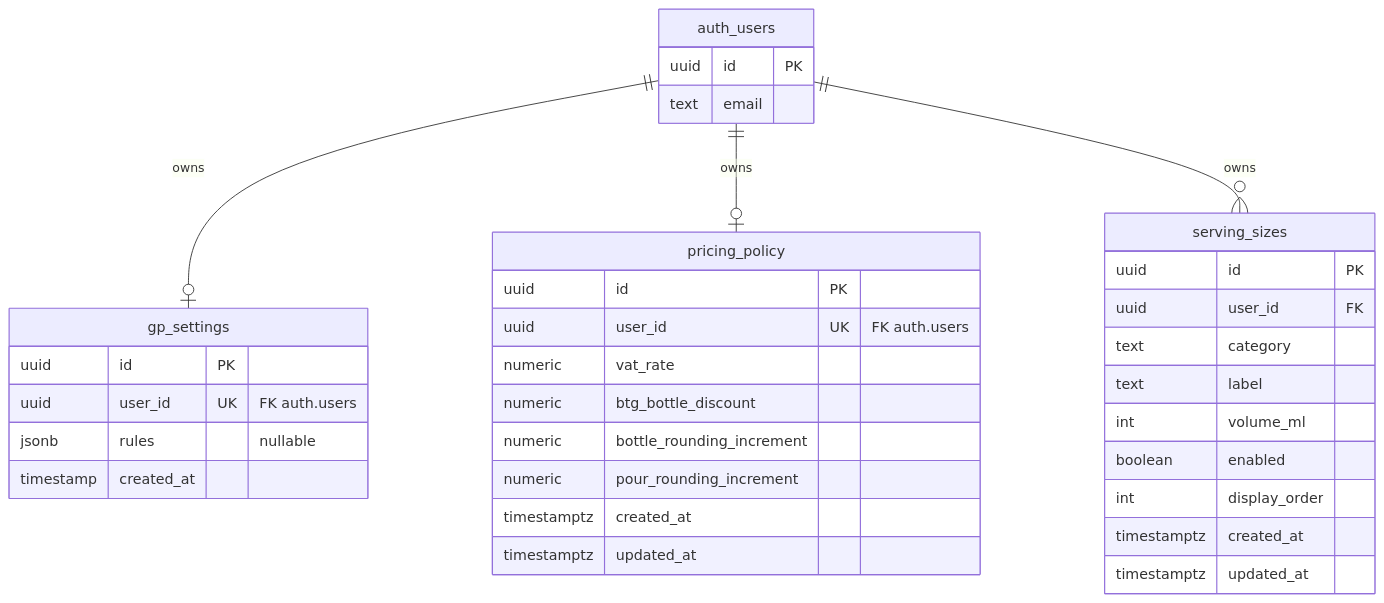
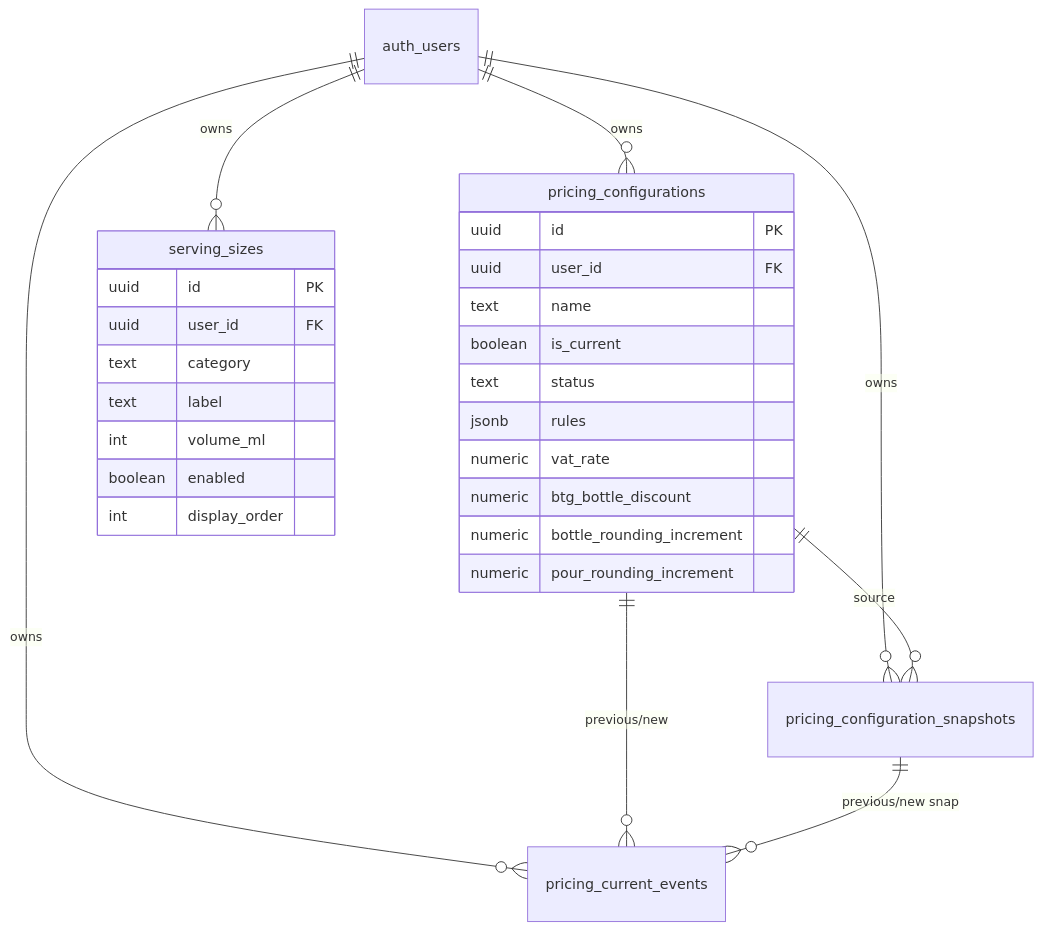
The diagram in docs/DATA_MODEL.md (DanWarham/wine-gp-calculator), drawn with Mermaid before and after one commit. The commit also changed other lines of this file and 22 other files, not shown here.

Commit message:
Implement pricing configurations and immutable snapshots

````diff
--- a/docs/DATA_MODEL.md
+++ b/docs/DATA_MODEL.md
@@ -32,37 +34,32 @@
 ```mermaid
 erDiagram
-  auth_users ||--o| gp_settings : "owns"
-  auth_users ||--o| pricing_policy : "owns"
+  auth_users ||--o{ pricing_configurations : "owns"
+  auth_users ||--o{ pricing_configuration_snapshots : "owns"
+  auth_users ||--o{ pricing_current_events : "owns"
   auth_users ||--o{ serving_sizes : "owns"
-  gp_settings {
+  pricing_configurations ||--o{ pricing_configuration_snapshots : "source"
+  pricing_configurations ||--o{ pricing_current_events : "previous/new"
+  pricing_configuration_snapshots ||--o{ pricing_current_events : "previous/new snap"
+
+  pricing_configurations {
     uuid id PK
-    uuid user_id UK "FK auth.users"
-    jsonb rules "nullable"
-    timestamp created_at
-  }
-  pricing_policy {
-    uuid id PK
-    uuid user_id UK "FK auth.users"
+    uuid user_id FK
+    text name
+    boolean is_current
+    text status
+    jsonb rules
     numeric vat_rate
     numeric btg_bottle_discount
     numeric bottle_rounding_increment
     numeric pour_rounding_increment
-    timestamptz created_at
-    timestamptz updated_at
   }
   serving_sizes {
     uuid id PK
     uuid user_id FK
     text category
     text label
     int volume_ml
     boolean enabled
     int display_order
-    timestamptz created_at
-    timestamptz updated_at
-  }
-  auth_users {
-    uuid id PK
-    text email
   }
 ```
````
